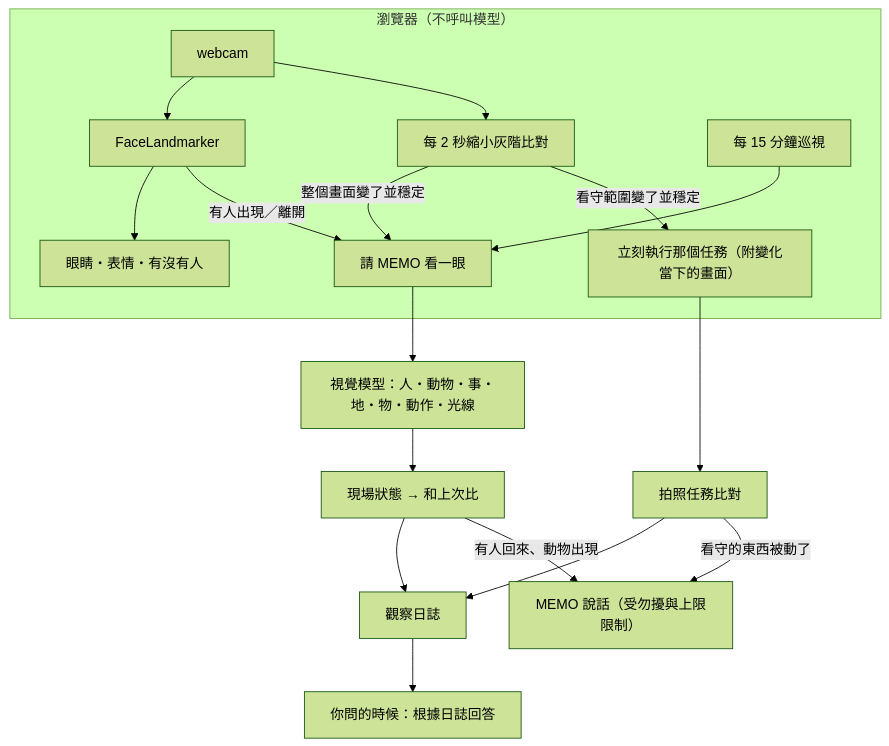
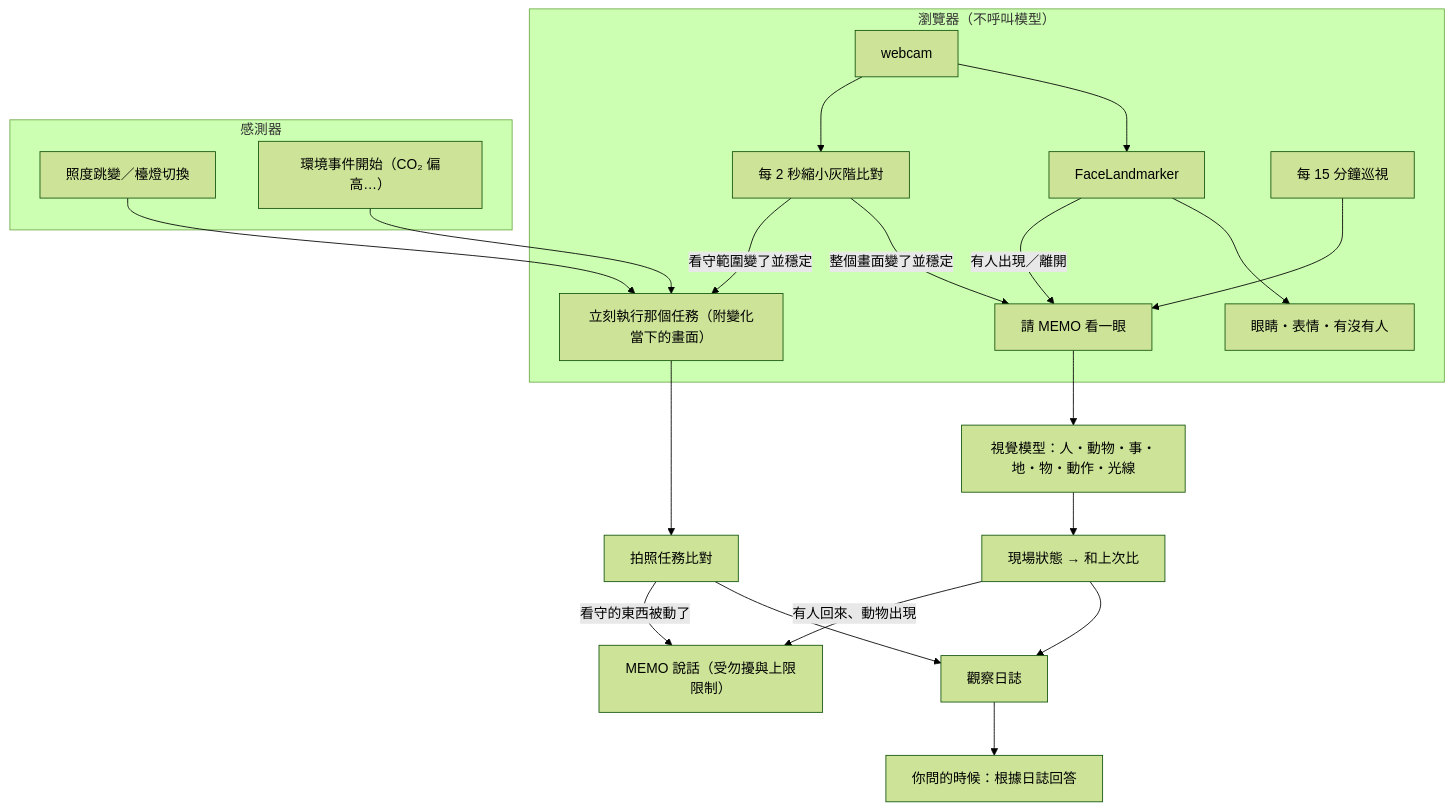
Before and after one commit to mebius-gits/MEMO: the diagram in docs/vision.md, drawn with Mermaid (forest theme). The commit also changed other lines of this file, not shown here.

````diff
--- a/docs/vision.md
+++ b/docs/vision.md
@@ -19,16 +19,20 @@
 ```mermaid
 flowchart TD
   subgraph P["瀏覽器（不呼叫模型）"]
     CAM["webcam"] --> FL["FaceLandmarker"] --> EYE["眼睛・表情・有沒有人"]
     CAM --> SAMPLE["每 2 秒縮小灰階比對"]
     SAMPLE -->|整個畫面變了並穩定| OBS["請 MEMO 看一眼"]
     SAMPLE -->|看守範圍變了並穩定| TRIG["立刻執行那個任務（附變化當下的畫面）"]
     FL -->|有人出現／離開| OBS
     CLOCK["每 15 分鐘巡視"] --> OBS
   end
+  subgraph S["感測器"]
+    LUX["照度跳變／檯燈切換"] --> TRIG
+    ENV["環境事件開始（CO₂ 偏高…）"] --> TRIG
+  end
   OBS --> V["視覺模型：人・動物・事・地・物・動作・光線"] --> SIT["現場狀態 → 和上次比"] --> LOG["觀察日誌"]
   SIT -->|有人回來、動物出現| NOTICE["MEMO 說話（受勿擾與上限限制）"]
   TRIG --> CAP["拍照任務比對"] --> LOG
   CAP -->|看守的東西被動了| NOTICE
   LOG --> CHAT["你問的時候：根據日誌回答"]
 ```
````
